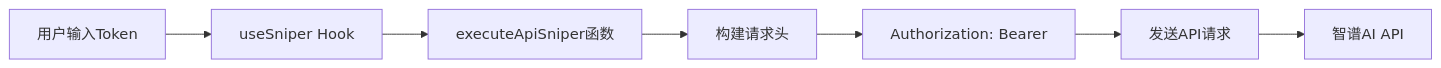
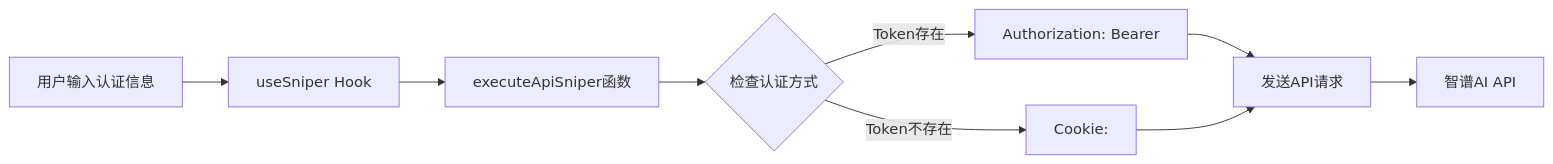
The sixth of 8 diagrams in .qoder/repowiki/zh/content/项目概述/核心功能特性/用户认证管理.md (16499259-oss/GLM-sniper), drawn with Mermaid before and after one commit. The commit also changed other lines of this file and 9 other files, not shown here.

````diff
--- a/.qoder/repowiki/zh/content/项目概述/核心功能特性/用户认证管理.md
+++ b/.qoder/repowiki/zh/content/项目概述/核心功能特性/用户认证管理.md
@@ -258,9 +224,11 @@
 ```mermaid
 flowchart LR
-A[用户输入Token] --> B[useSniper Hook]
+A[用户输入认证信息] --> B[useSniper Hook]
 B --> C[executeApiSniper函数]
-C --> D[构建请求头]
-D --> E[Authorization: Bearer <token>]
-E --> F[发送API请求]
-F --> G[智谱AI API]
+C --> D{检查认证方式}
+D --> |Token存在| E[Authorization: Bearer <token>]
+D --> |Token不存在| F[Cookie: <cookies>]
+E --> G[发送API请求]
+F --> G
+G --> H[智谱AI API]
 ```
````
